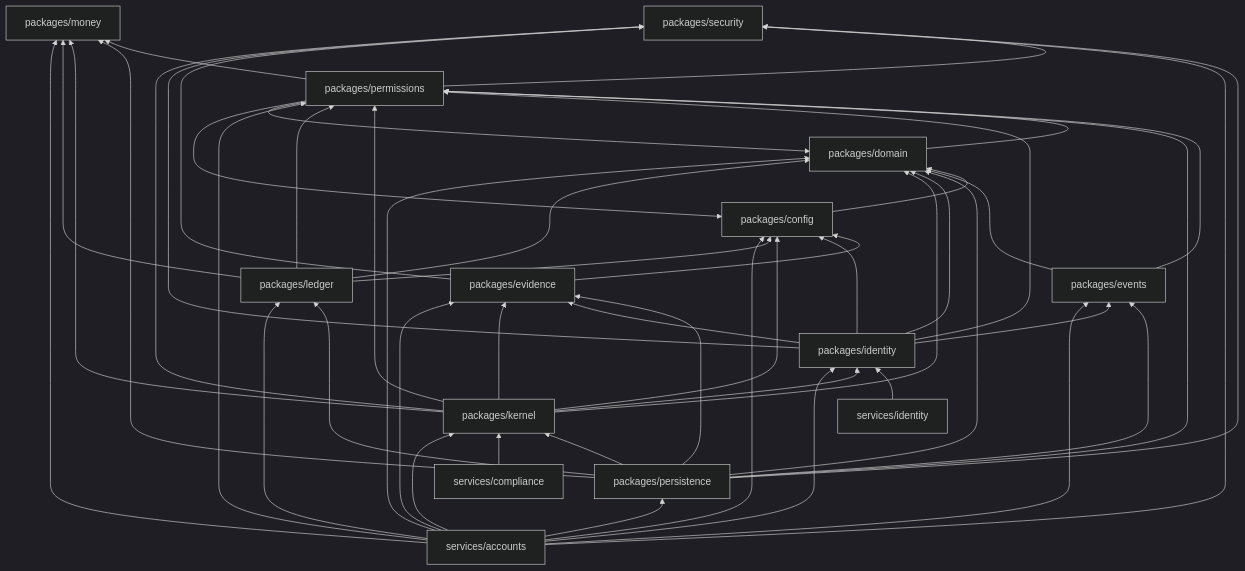
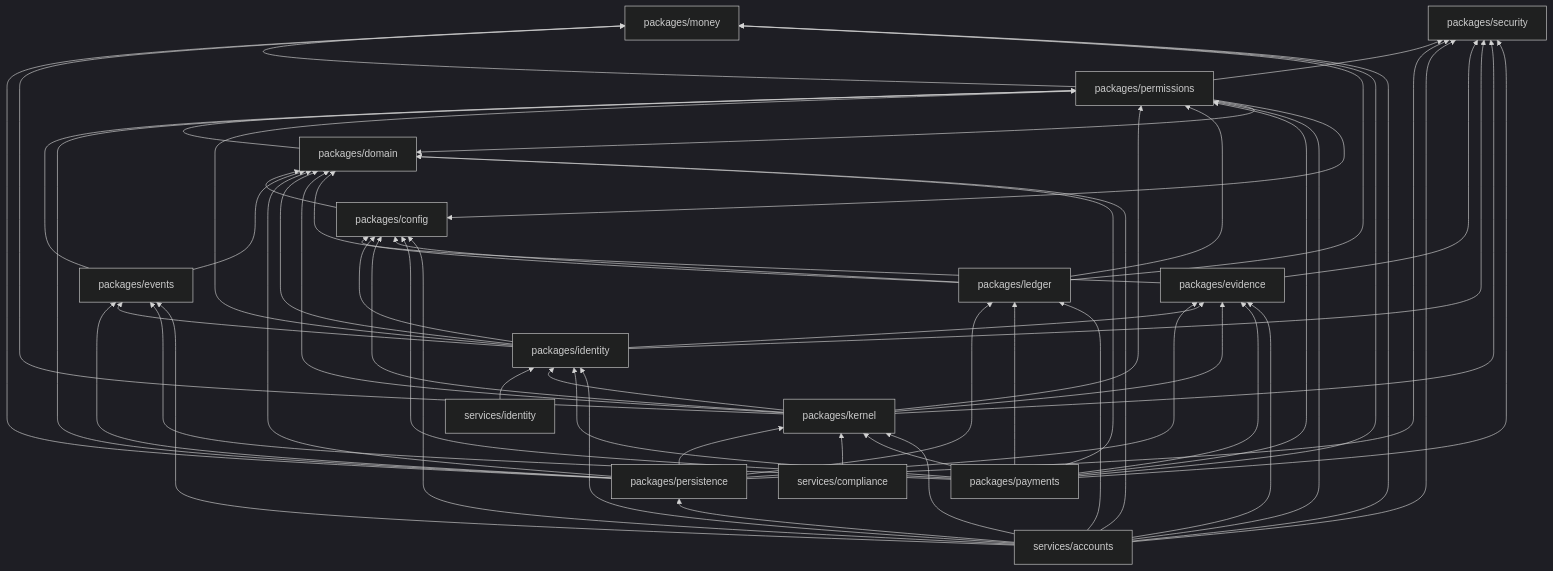
One commit to reyesnick54/solstice changed the second of 2 diagrams in docs/architecture/constitution.md. Above: the diagram before and after it, drawn with Mermaid (dark theme). The commit also changed other lines of this file and 66 other files, not shown here.

````diff
--- a/docs/architecture/constitution.md
+++ b/docs/architecture/constitution.md
@@ -331,66 +344,77 @@
 ```mermaid
 flowchart BT
   money["packages/money"]
   security["packages/security"]
   config["packages/config"]
   domain["packages/domain"]
   events["packages/events"]
   evidence["packages/evidence"]
   permissions["packages/permissions"]
   identity["packages/identity"]
   kernel["packages/kernel"]
   ledger["packages/ledger"]
+  payments["packages/payments"]
   accounts["services/accounts"]
   identitySvc["services/identity"]
   complianceSvc["services/compliance"]
 
   config --> domain
   domain --> permissions
   permissions --> domain
   permissions --> money
   permissions --> config
   permissions --> security
   events --> domain
   events --> permissions
   persistence["packages/persistence"]
   persistence --> domain
   persistence --> evidence
   persistence --> events
   persistence --> ledger
   persistence --> permissions
   persistence --> money
   persistence --> kernel
   persistence --> security
   accounts --> persistence
   accounts --> security
   evidence --> config
   evidence --> security
   identity --> domain
   identity --> security
   identity --> permissions
   identity --> config
   identity --> evidence
   identity --> events
   identitySvc --> identity
   complianceSvc --> kernel
   kernel --> config
   kernel --> evidence
   kernel --> permissions
   kernel --> domain
   kernel --> money
   kernel --> identity
   kernel --> security
   ledger --> config
   ledger --> permissions
   ledger --> domain
   ledger --> money
+  payments --> domain
+  payments --> money
+  payments --> permissions
+  payments --> config
+  payments --> kernel
+  payments --> ledger
+  payments --> evidence
+  payments --> events
+  payments --> identity
+  payments --> security
   accounts --> domain
   accounts --> evidence
   accounts --> events
   accounts --> kernel
   accounts --> ledger
   accounts --> permissions
   accounts --> config
   accounts --> money
   accounts --> identity
 ```
````
